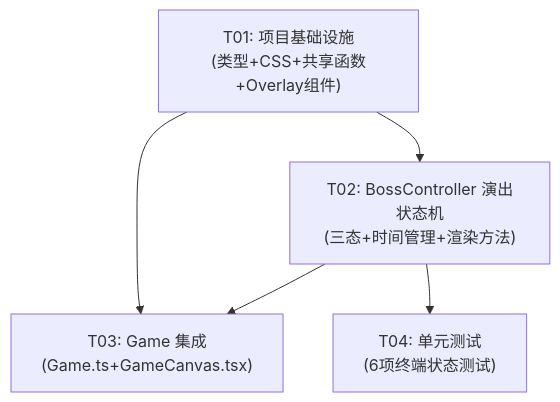
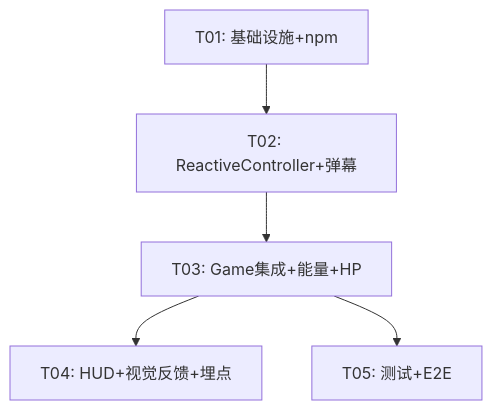
One commit to HubinAI/one-blade-h5-prototype changed the fourth of 4 diagrams in docs/system_design.md. Above: the diagram before and after it, drawn with Mermaid. The commit also changed other lines of this file and 15 other files, not shown here.

````diff
--- a/docs/system_design.md
+++ b/docs/system_design.md
@@ -663,12 +398,7 @@
 ```mermaid
 graph TD
-    T01["T01: 项目基础设施<br/>(类型+CSS+共享函数+Overlay组件)"]
-    T02["T02: BossController 演出状态机<br/>(三态+时间管理+渲染方法)"]
-    T03["T03: Game 集成<br/>(Game.ts+GameCanvas.tsx)"]
-    T04["T04: 单元测试<br/>(6项终端状态测试)"]
-
-    T01 --> T02
-    T01 --> T03
-    T02 --> T03
-    T02 --> T04
+    T01["T01: 基础设施+npm"] --> T02["T02: ReactiveController+弹幕"]
+    T02 --> T03["T03: Game集成+能量+HP"]
+    T03 --> T04["T04: HUD+视觉反馈+埋点"]
+    T03 --> T05["T05: 测试+E2E"]
 ```
````
